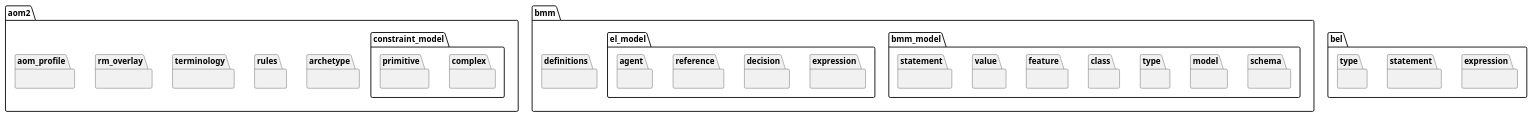
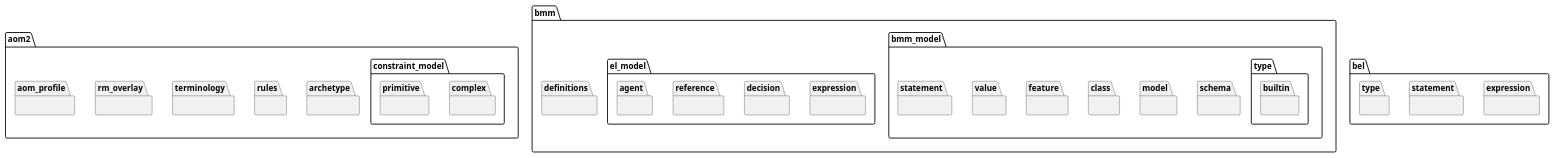
Before and after one commit to wolandscat/openehr-doc: the diagram in modules/ROOT/examples/bmm/languages/languages-package-uml.adoc, drawn with PlantUML. The commit also changed 541 other files, not shown here.

Commit message:
Regen with override markers, and override relations removed from UML.

```diff
--- a/modules/ROOT/examples/bmm/languages/languages-package-uml.adoc
+++ b/modules/ROOT/examples/bmm/languages/languages-package-uml.adoc
@@ -3,73 +3,73 @@
 [plantuml,opts=interactive,link=self]
 ....
 skinparam groupInheritance 2
 skinparam citedClassColor #FDFDFD
 
 
 package aom2.archetype {
 }
 
 package aom2.constraint_model.complex {
 }
 
 package aom2.constraint_model.primitive {
 }
 
 package aom2.rules {
 }
 
 package aom2.terminology {
 }
 
 package aom2.rm_overlay {
 }
 
 package aom2.aom_profile {
 }
 
 package bmm.definitions {
 }
 
 package bmm.bmm_model.schema {
 }
 
 package bmm.bmm_model.model {
 }
 
-package bmm.bmm_model.type {
+package bmm.bmm_model.type.builtin {
 }
 
 package bmm.bmm_model.class {
 }
 
 package bmm.bmm_model.feature {
 }
 
 package bmm.bmm_model.value {
 }
 
 package bmm.bmm_model.statement {
 }
 
 package bmm.el_model.expression {
 }
 
 package bmm.el_model.decision {
 }
 
 package bmm.el_model.reference {
 }
 
 package bmm.el_model.agent {
 }
 
 package bel.expression {
 }
 
 package bel.statement {
 }
 
 package bel.type {
 }
 
 ....
```
